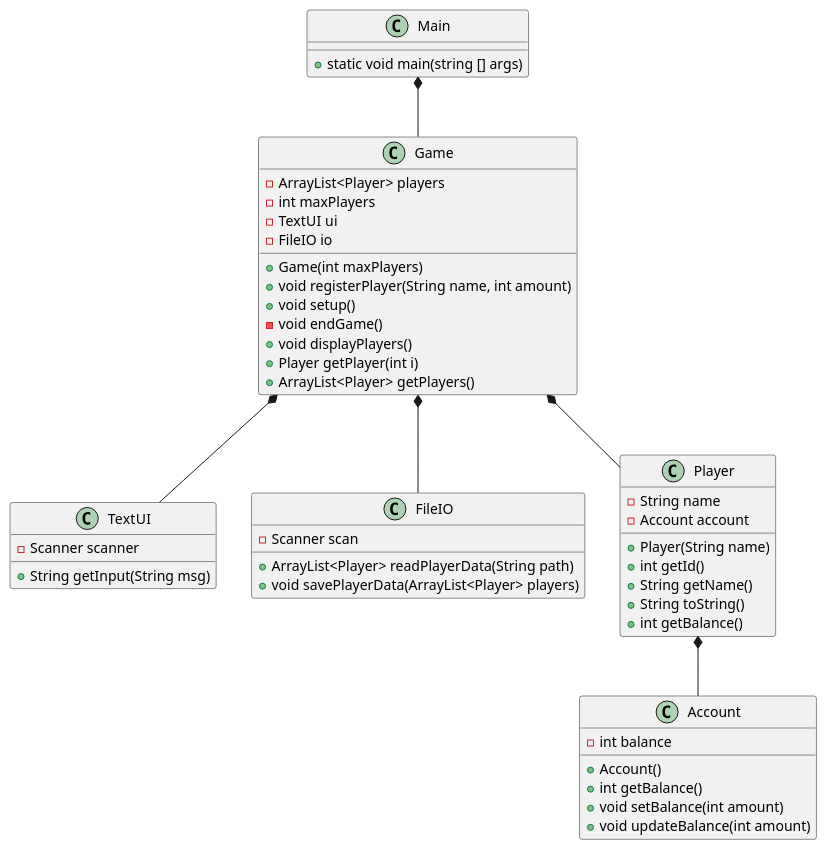
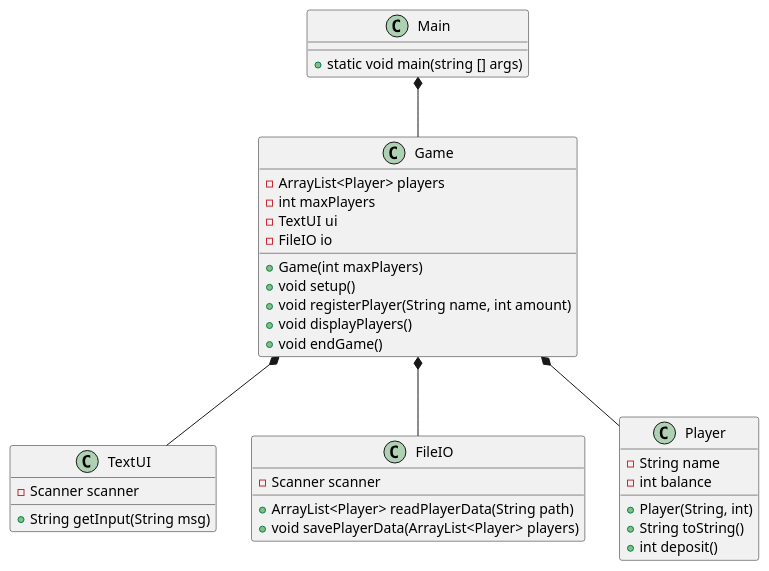
Before and after one commit to afstengaard/Files: the diagram in Doc/classdiagram_2.puml, drawn with PlantUML. The commit also changed 2 other files, not shown here.

Commit message:
diagrams

```diff
--- a/Doc/classdiagram_2.puml
+++ b/Doc/classdiagram_2.puml
@@ -1,60 +1,53 @@
 @startuml
 'https://plantuml.com/class-diagram
 
 class Main
 class Game
 
 'package "util"{
 'class TextUI
 'class FileIO
 '}
 'package "model"{
 'class Player
 'class Account
 '}
 Main *-- Game
 Game *-- TextUI
 Game *-- FileIO
 Game *-- Player
-Player *-- Account
+
 
 Main : + static void main(string [] args)
 
-'Player  : -{static} int counter
-'Player : -int id
-Player  : -String name
-'todo: indkapsling af balance-felt i ny Account klasse (klip fra: https://github.com/Dat1Cphbusiness/ToyBank/blob/main/src/Account.java )
-Player  : -Account account
-Player  : +Player(String name)
-Player  : +int getId()
-Player  : +String getName()
-Player  : +String toString()
-Player  : +int getBalance()
+Player  : - String name
+Player  : - int balance
+Player  : + Player(String, int)
+Player  : + String toString()
+Player  : + int deposit()
 
-Account : - int balance
-Account : + Account()
-Account : + int getBalance()
-Account : + void setBalance(int amount)
-Account : + void updateBalance(int amount)
 
+
+'todo - Game: add new controller class as substitute for Main, let Main instantiate this class
 Game : - ArrayList<Player> players
 Game : - int maxPlayers
 Game : - TextUI ui
 Game : - FileIO io
 Game : + Game(int maxPlayers)
+
+Game : + void setup()
 Game : + void registerPlayer(String name, int amount)
-Game : + void setup()
-Game : - void endGame()
 Game : + void displayPlayers()
-Game : + Player getPlayer(int i)
-Game : + ArrayList<Player> getPlayers()
+Game : + void endGame()
 
+
+'todo - TextUI: copy  from drinksmenu (https://github.com/Dat1Cphbusiness/DrinksMenu/blob/main/TextUI.java)
 TextUI : + String getInput(String msg)
 TextUI : - Scanner scanner
 
 
-FileIO : - Scanner scan
+FileIO : - Scanner scanner
 FileIO : + ArrayList<Player> readPlayerData(String path)
 FileIO : + void savePlayerData(ArrayList<Player> players)
 
 @enduml
```
